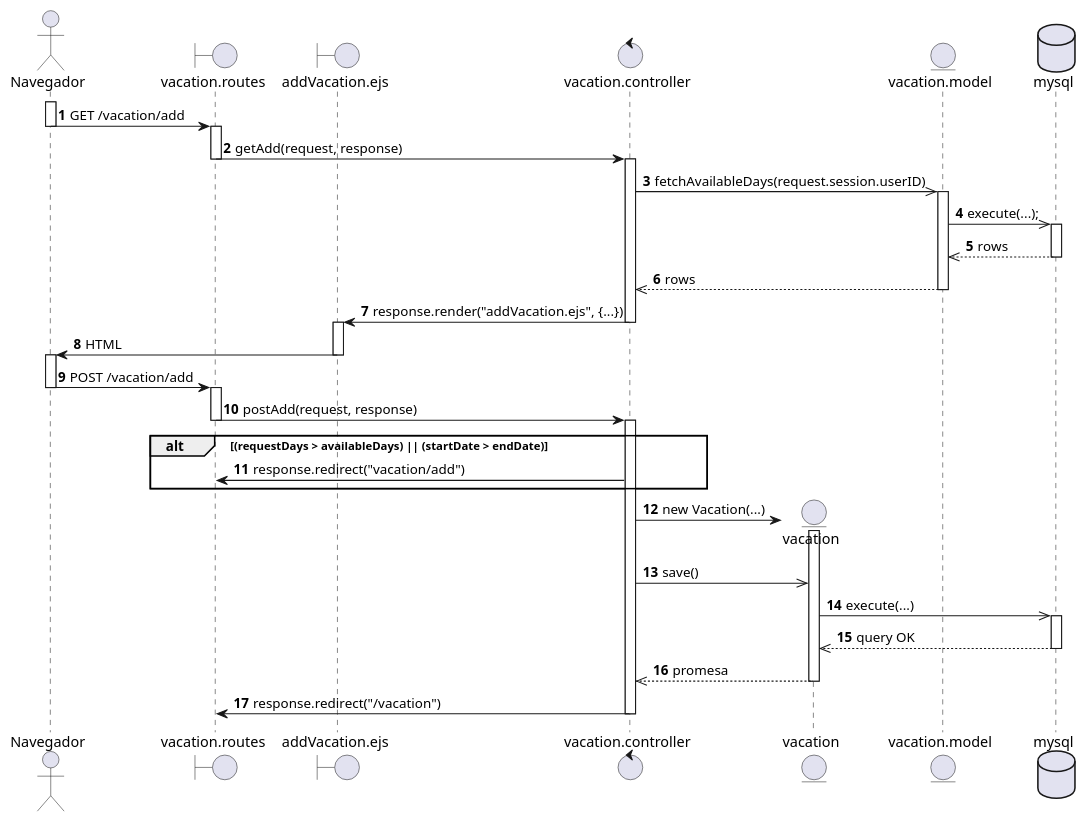
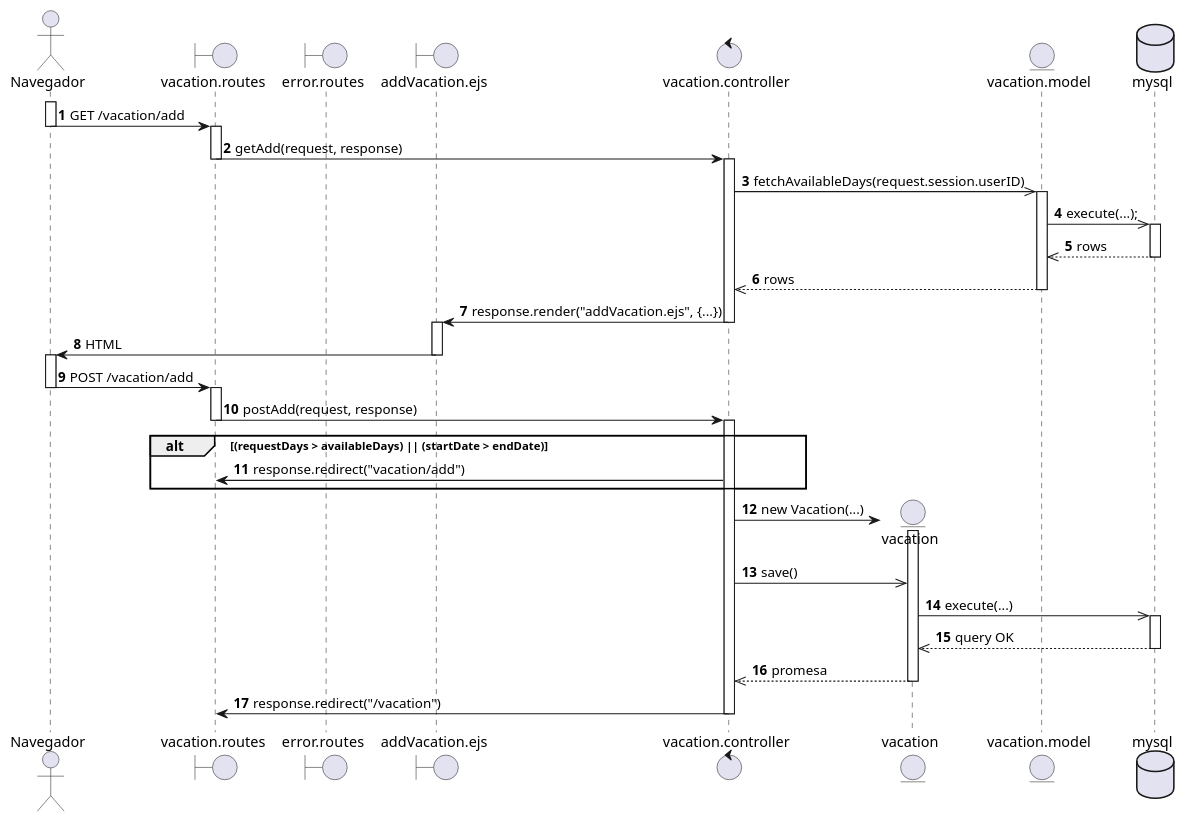
The diagram in diagrams/Casos de Uso/mundo req fun/Diagramas secuencia/CU13.puml (EdCanCe/WorkCells), drawn with PlantUML before and after one commit. The commit also changed 6 other files, not shown here.

```diff
--- a/diagrams/Casos de Uso/mundo req fun/Diagramas secuencia/CU13.puml
+++ b/diagrams/Casos de Uso/mundo req fun/Diagramas secuencia/CU13.puml
@@ -1,69 +1,70 @@
 @startuml
 actor Navegador
 boundary "vacation.routes" as Routes
+boundary "error.routes" as Error
 boundary "addVacation.ejs" as Ejs
 control "vacation.controller" as Controller
 entity "vacation" as Model1
 entity "vacation.model" as Model
 database "mysql" as MySQL
 
 autonumber
 
 activate Navegador
 Navegador -> Routes : GET /vacation/add
 deactivate Navegador
 
 activate Routes
 Routes -> Controller : getAdd(request, response)
 deactivate Routes
 
 activate Controller
 
 Controller ->> Model : fetchAvailableDays(request.session.userID)
 activate Model
     Model ->> MySQL : execute(...);
     activate MySQL
         MySQL -->> Model : rows
     deactivate MySQL
     Model -->> Controller : rows
 deactivate Model
 
 Controller -> Ejs : response.render("addVacation.ejs", {...})
 deactivate Controller
 
 activate Ejs
 Ejs -> Navegador : HTML
 deactivate Ejs
 
 activate Navegador
 Navegador -> Routes : POST /vacation/add
 deactivate Navegador
 
 activate Routes
 Routes -> Controller : postAdd(request, response)
 deactivate Routes
 
 activate Controller
 
 alt (requestDays > availableDays) || (startDate > endDate)
     Controller -> Routes : response.redirect("vacation/add")
 end
 
 create Model1
 Controller -> Model1 : new Vacation(...)
 
 activate Model1
 Controller ->> Model1 : save()
 Model1 ->> MySQL : execute(...)
 
 activate MySQL
 MySQL -->> Model1 : query OK
 deactivate MySQL
 
 Model1 -->> Controller : promesa
 deactivate Model1
 
 Controller -> Routes : response.redirect("/vacation")
 deactivate Controller
 
 @enduml
```
